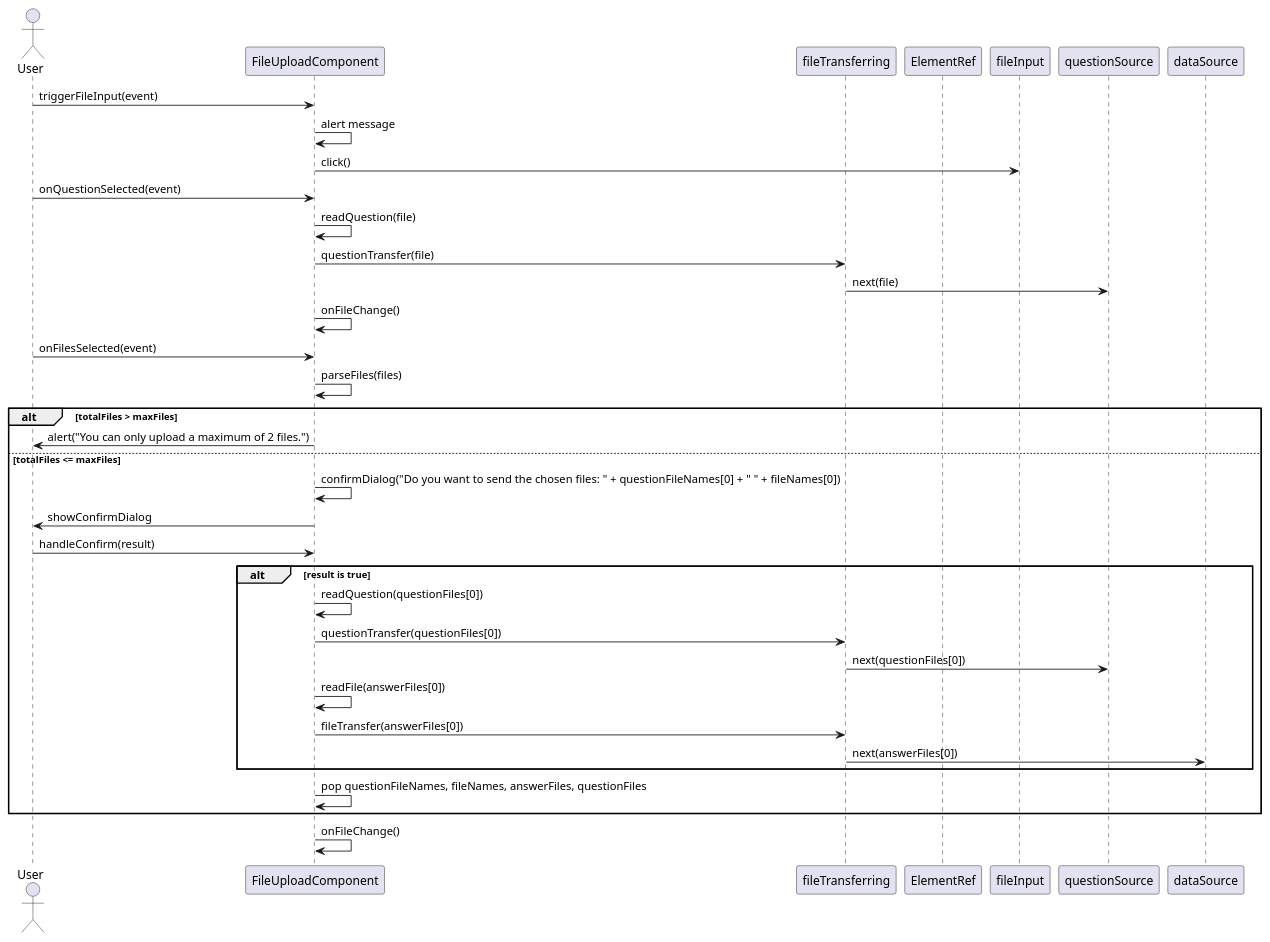
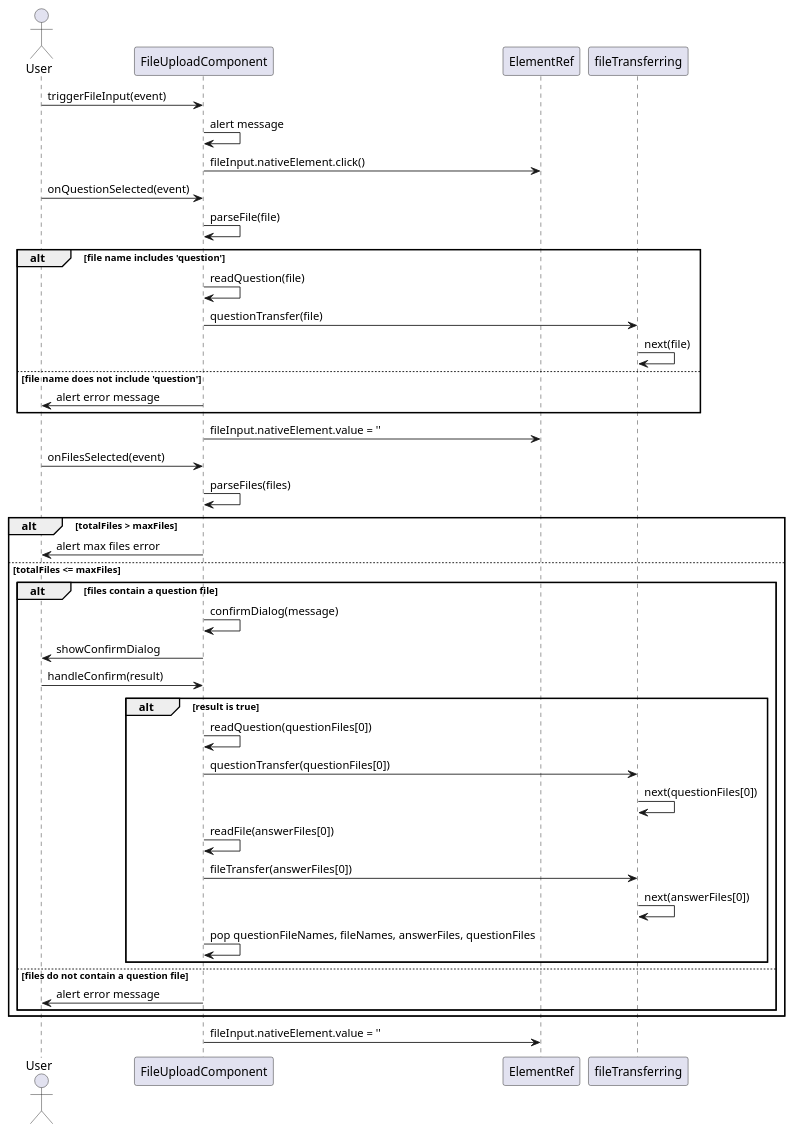
One commit to NoahS20/Grad-Project changed the diagram in Diagrams/Sequence Diagrams/Front End/file-uploadcomponent.wsd. Above: the diagram before and after it, drawn with PlantUML. The commit also changed 21 other files, not shown here.

Commit message:
Added functionality that returns error message if the files are the wrong type. Added functionality to detect if all files are question files. Fixed issue where when uploading files it keeps scrolling. Updated diagrams

```diff
--- a/Diagrams/Sequence Diagrams/Front End/file-uploadcomponent.wsd
+++ b/Diagrams/Sequence Diagrams/Front End/file-uploadcomponent.wsd
@@ -1,38 +1,47 @@
 @startuml
 actor User
 
 participant FileUploadComponent
+participant ElementRef
 participant fileTransferring
-participant ElementRef
 
 User -> FileUploadComponent: triggerFileInput(event)
 FileUploadComponent -> FileUploadComponent: alert message
-FileUploadComponent -> fileInput: click()
+FileUploadComponent -> ElementRef: fileInput.nativeElement.click()
 
 User -> FileUploadComponent: onQuestionSelected(event)
-FileUploadComponent -> FileUploadComponent: readQuestion(file)
-FileUploadComponent -> fileTransferring: questionTransfer(file)
-fileTransferring -> questionSource: next(file)
-FileUploadComponent -> FileUploadComponent: onFileChange()
+FileUploadComponent -> FileUploadComponent: parseFile(file)
+alt file name includes 'question'
+    FileUploadComponent -> FileUploadComponent: readQuestion(file)
+    FileUploadComponent -> fileTransferring: questionTransfer(file)
+    fileTransferring -> fileTransferring: next(file)
+else file name does not include 'question'
+    FileUploadComponent -> User: alert error message
+end
+FileUploadComponent -> ElementRef: fileInput.nativeElement.value = ''
 
 User -> FileUploadComponent: onFilesSelected(event)
 FileUploadComponent -> FileUploadComponent: parseFiles(files)
 alt totalFiles > maxFiles
-    FileUploadComponent -> User: alert("You can only upload a maximum of 2 files.")
+    FileUploadComponent -> User: alert max files error
 else totalFiles <= maxFiles
-    FileUploadComponent -> FileUploadComponent: confirmDialog("Do you want to send the chosen files: " + questionFileNames[0] + " " + fileNames[0])
-    FileUploadComponent -> User: showConfirmDialog
-    User -> FileUploadComponent: handleConfirm(result)
-    alt result is true
-        FileUploadComponent -> FileUploadComponent: readQuestion(questionFiles[0])
-        FileUploadComponent -> fileTransferring: questionTransfer(questionFiles[0])
-        fileTransferring -> questionSource: next(questionFiles[0])
-        FileUploadComponent -> FileUploadComponent: readFile(answerFiles[0])
-        FileUploadComponent -> fileTransferring: fileTransfer(answerFiles[0])
-        fileTransferring -> dataSource: next(answerFiles[0])
+    alt files contain a question file
+        FileUploadComponent -> FileUploadComponent: confirmDialog(message)
+        FileUploadComponent -> User: showConfirmDialog
+        User -> FileUploadComponent: handleConfirm(result)
+        alt result is true
+            FileUploadComponent -> FileUploadComponent: readQuestion(questionFiles[0])
+            FileUploadComponent -> fileTransferring: questionTransfer(questionFiles[0])
+            fileTransferring -> fileTransferring: next(questionFiles[0])
+            FileUploadComponent -> FileUploadComponent: readFile(answerFiles[0])
+            FileUploadComponent -> fileTransferring: fileTransfer(answerFiles[0])
+            fileTransferring -> fileTransferring: next(answerFiles[0])
+            FileUploadComponent -> FileUploadComponent: pop questionFileNames, fileNames, answerFiles, questionFiles
+        end
+    else files do not contain a question file
+        FileUploadComponent -> User: alert error message
     end
-    FileUploadComponent -> FileUploadComponent: pop questionFileNames, fileNames, answerFiles, questionFiles
 end
-FileUploadComponent -> FileUploadComponent: onFileChange()
+FileUploadComponent -> ElementRef: fileInput.nativeElement.value = ''
 
 @enduml
```
